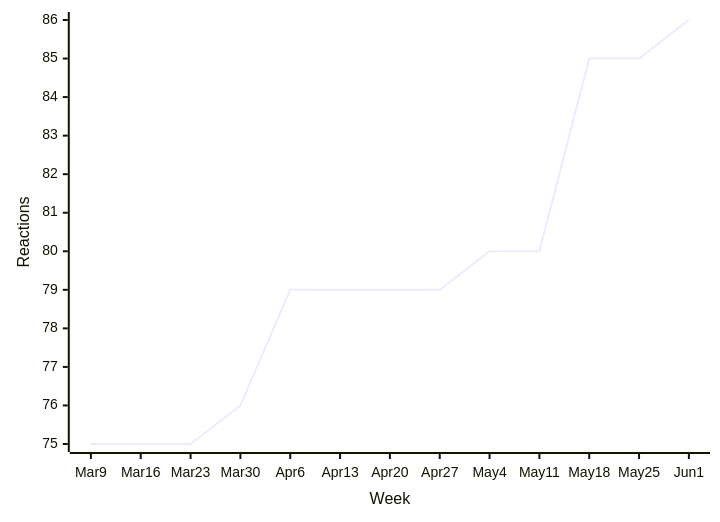
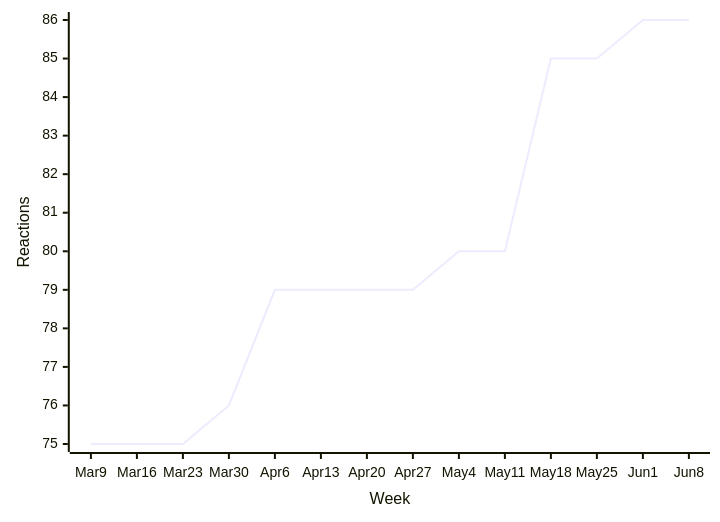
Before and after one commit to loic-sharma/github-insights: diagram 11 of 44 in README.md, drawn with Mermaid. The commit also changed other lines of this file and 3 other files, not shown here.

````diff
--- a/README.md
+++ b/README.md
@@ -509,6 +509,6 @@
   ```mermaid
   xychart-beta
-    x-axis "Week" [Mar 9, Mar 16, Mar 23, Mar 30, Apr 6, Apr 13, Apr 20, Apr 27, May 4, May 11, May 18, May 25, Jun 1]
+    x-axis "Week" [Mar 9, Mar 16, Mar 23, Mar 30, Apr 6, Apr 13, Apr 20, Apr 27, May 4, May 11, May 18, May 25, Jun 1, Jun 8]
     y-axis "Reactions"
-    line [75, 75, 75, 76, 79, 79, 79, 79, 80, 80, 85, 85, 86]
+    line [75, 75, 75, 76, 79, 79, 79, 79, 80, 80, 85, 85, 86, 86]
   ```
````
